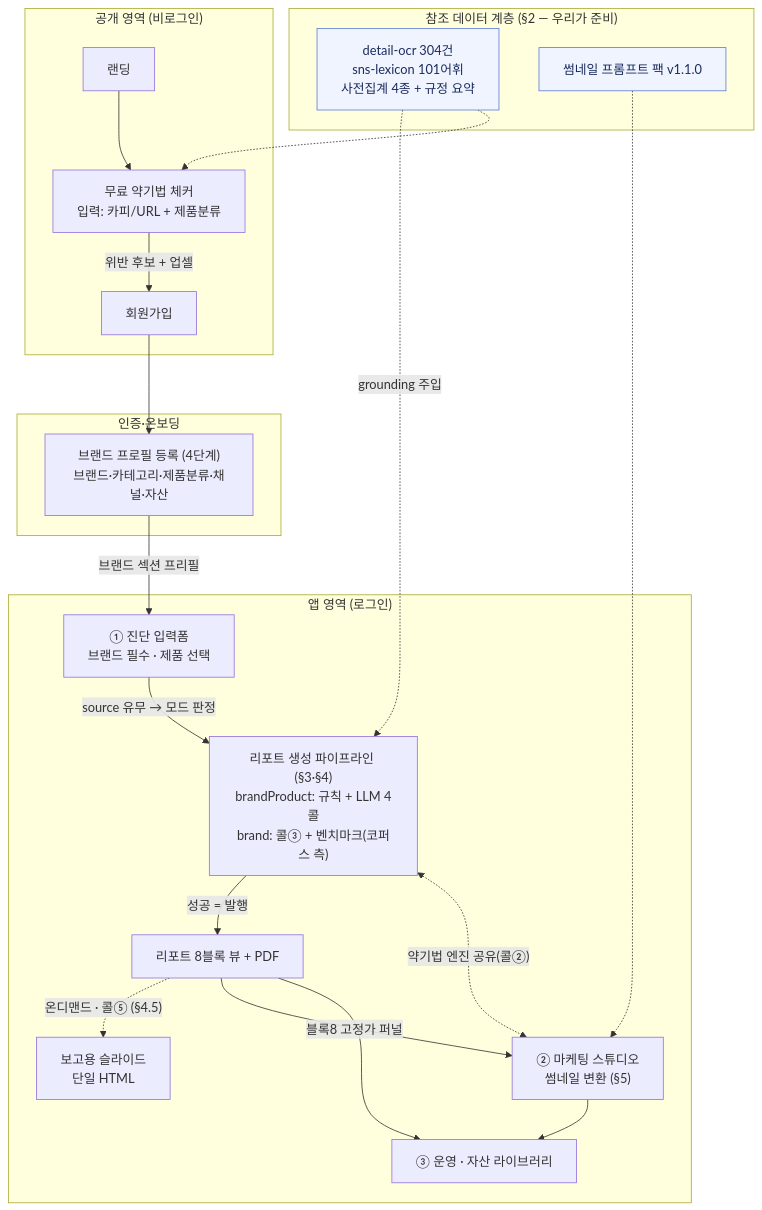
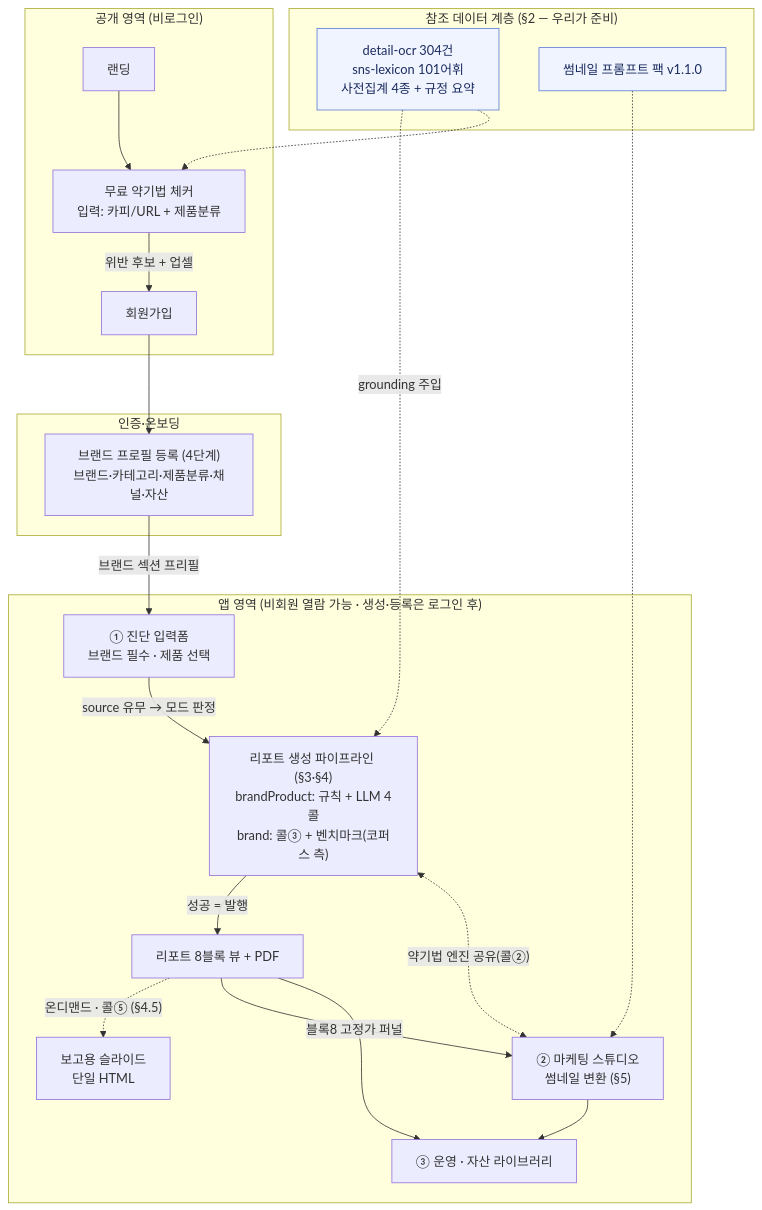
One commit to duwjd/Branch-out-to-Japan changed the first of 7 diagrams in docs/08-data-flow.md. Above: the diagram before and after it, drawn with Mermaid. The commit also changed other lines of this file and 29 other files, not shown here.

Commit message:
docs: 로그인 소셜+이메일 병행 · 비회원 열람+실행 직전 게이트 — LOGIN-06~10 · 비밀번호 재설정(3-reset) · GATE 모달 프로토타입 반영

````diff
--- a/docs/08-data-flow.md
+++ b/docs/08-data-flow.md
@@ -27,34 +27,34 @@
 ```mermaid
 flowchart TD
     subgraph PUB["공개 영역 (비로그인)"]
         LAND["랜딩"] --> CHK["무료 약기법 체커<br/>입력: 카피/URL + 제품분류"]
         CHK -->|"위반 후보 + 업셀"| SIGN["회원가입"]
     end
 
     subgraph ONB["인증·온보딩"]
         SIGN --> BP["브랜드 프로필 등록 (4단계)<br/>브랜드·카테고리·제품분류·채널·자산"]
     end
 
-    subgraph APP["앱 영역 (로그인)"]
+    subgraph APP["앱 영역 (비회원 열람 가능 · 생성·등록은 로그인 후)"]
         BP -->|"브랜드 섹션 프리필"| FORM["① 진단 입력폼<br/>브랜드 필수 · 제품 선택"]
         FORM -->|"source 유무 → 모드 판정"| PIPE["리포트 생성 파이프라인 (§3·§4)<br/>brandProduct: 규칙 + LLM 4콜<br/>brand: 콜③ + 벤치마크(코퍼스 측)"]
         PIPE -->|"성공 = 발행"| RPT["리포트 8블록 뷰 + PDF"]
         RPT -.->|"온디맨드 · 콜⑤ (§4.5)"| SLD["보고용 슬라이드<br/>단일 HTML"]
         RPT -->|"블록8 고정가 퍼널"| ST["② 마케팅 스튜디오<br/>썸네일 변환 (§5)"]
         ST --> LIB["③ 운영 · 자산 라이브러리"]
         RPT --> LIB
     end
 
     subgraph REF["참조 데이터 계층 (§2 — 우리가 준비)"]
         CORPUS["detail-ocr 304건<br/>sns-lexicon 101어휘<br/>사전집계 4종 + 규정 요약"]
         PACK["썸네일 프롬프트 팩 v1.1.0"]
     end
 
     CORPUS -.->|"grounding 주입"| PIPE
     CORPUS -.-> CHK
     PACK -.-> ST
     PIPE <-.->|"약기법 엔진 공유(콜②)"| ST
 
     classDef ref fill:#f0f4ff,stroke:#5b7bd5,color:#1a2b5e;
     class CORPUS,PACK ref;
 ```
````
